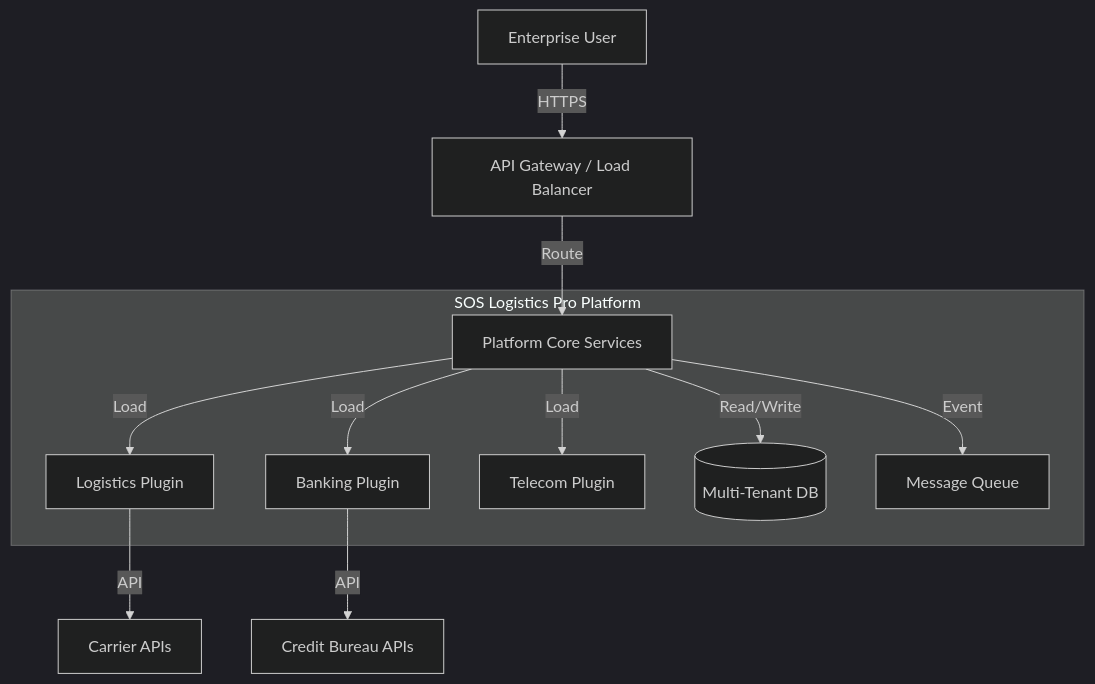
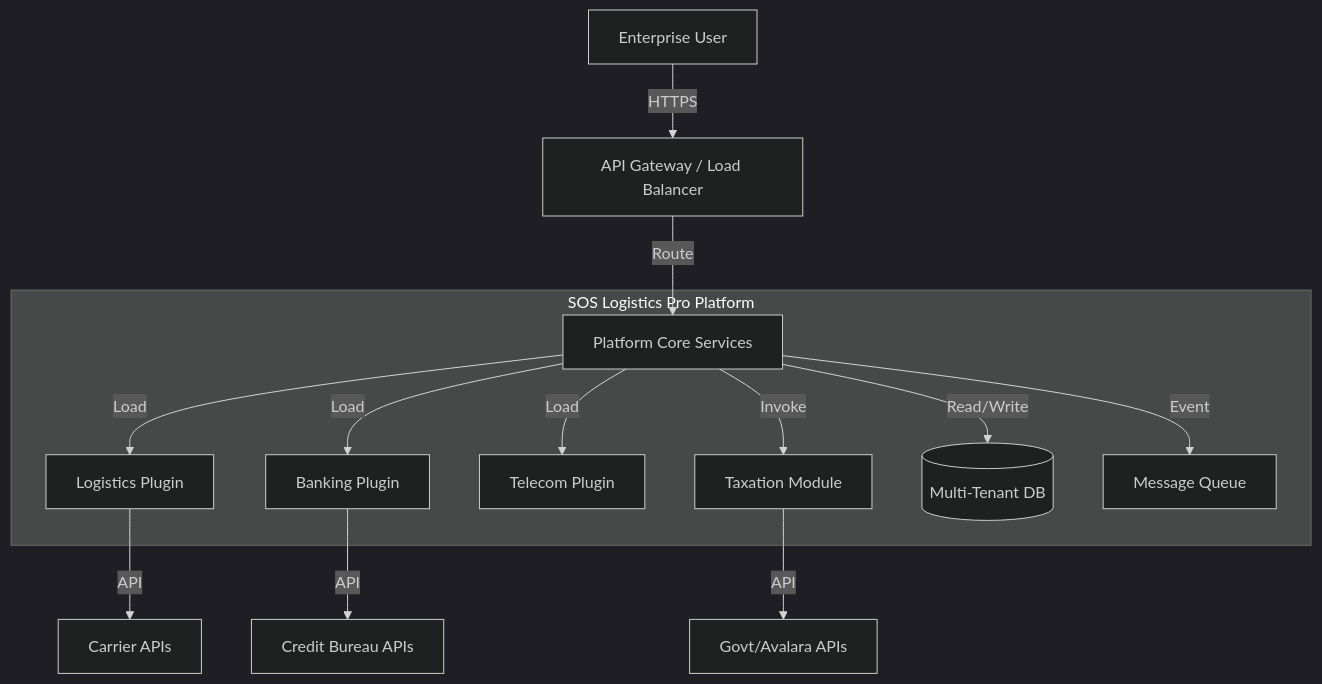
Before and after one commit to vageesha-vaishya/logic-nexus-ai: the diagram in Doc/Strategy/03_High_Level_Design.md, drawn with Mermaid (dark theme). The commit also changed other lines of this file and 4 other files, not shown here.

First line of the commit message:
docs: add comprehensive taxation module specifications and user guide

````diff
--- a/Doc/Strategy/03_High_Level_Design.md
+++ b/Doc/Strategy/03_High_Level_Design.md
@@ -10,17 +10,19 @@
 ```mermaid
 graph TD
     User[Enterprise User] -->|HTTPS| API_Gateway[API Gateway / Load Balancer]
     API_Gateway -->|Route| Platform_Core[Platform Core Services]
     
     subgraph "SOS Logistics Pro Platform"
         Platform_Core -->|Load| Plugin_Logistics[Logistics Plugin]
         Platform_Core -->|Load| Plugin_Banking[Banking Plugin]
         Platform_Core -->|Load| Plugin_Telecom[Telecom Plugin]
+        Platform_Core -->|Invoke| Module_Taxation[Taxation Module]
         
         Platform_Core -->|Read/Write| DB[(Multi-Tenant DB)]
         Platform_Core -->|Event| Message_Broker[Message Queue]
     end
     
     Plugin_Logistics -->|API| External_Carriers[Carrier APIs]
     Plugin_Banking -->|API| Credit_Bureau[Credit Bureau APIs]
+    Module_Taxation -->|API| Tax_Authority[Govt/Avalara APIs]
 ```
````
